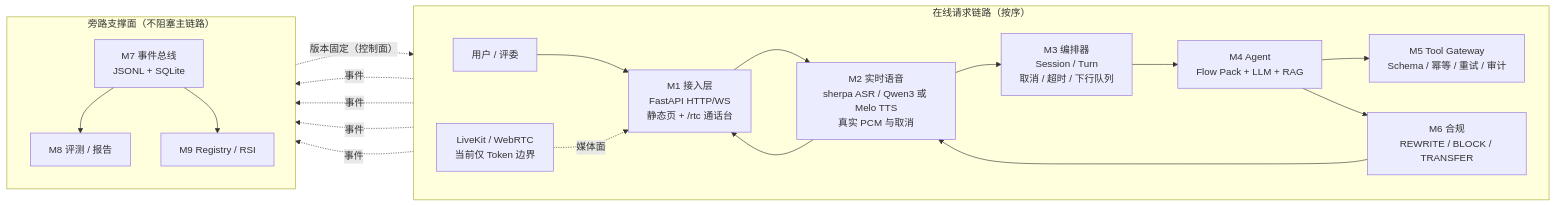
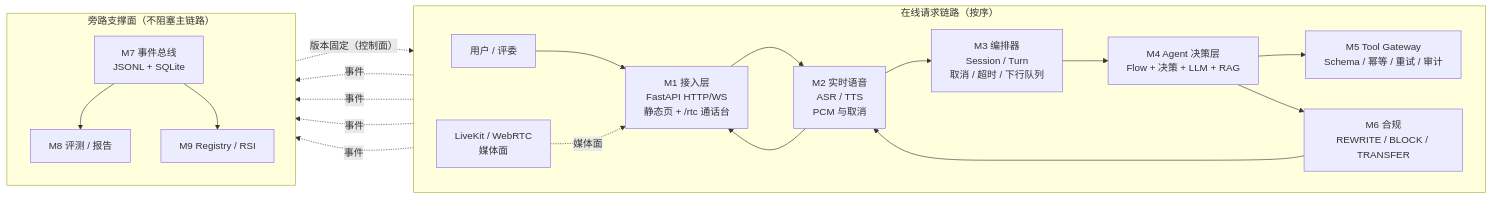
One commit to SLR979111/AI-call changed the first of 3 diagrams in README.md. Above: the diagram before and after it, drawn with Mermaid. The commit also changed other lines of this file and 20 other files, not shown here.

````diff
--- a/README.md
+++ b/README.md
@@ -100,30 +33,30 @@
 ```mermaid
 flowchart LR
   subgraph ONLINE["在线请求链路（按序）"]
     direction LR
     U["用户 / 评委"] --> M1["M1 接入层<br/>FastAPI HTTP/WS<br/>静态页 + /rtc 通话台"]
-    M1 --> M2["M2 实时语音<br/>sherpa ASR / Qwen3 或 Melo TTS<br/>真实 PCM 与取消"]
+    M1 --> M2["M2 实时语音<br/>ASR / TTS<br/>PCM 与取消"]
     M2 --> M3["M3 编排器<br/>Session / Turn<br/>取消 / 超时 / 下行队列"]
-    M3 --> M4["M4 Agent<br/>Flow Pack + LLM + RAG"]
+    M3 --> M4["M4 Agent 决策层<br/>Flow + 决策 + LLM + RAG"]
     M4 --> M5["M5 Tool Gateway<br/>Schema / 幂等 / 重试 / 审计"]
     M4 --> M6["M6 合规<br/>REWRITE / BLOCK / TRANSFER"]
     M6 --> M2
     M2 --> M1
-    M10["LiveKit / WebRTC<br/>当前仅 Token 边界"] -. 媒体面 .-> M1
+    M10["LiveKit / WebRTC<br/>媒体面"] -. 媒体面 .-> M1
   end
 
   subgraph SUPPORT["旁路支撑面（不阻塞主链路）"]
     direction TB
     M7["M7 事件总线<br/>JSONL + SQLite"]
     M8["M8 评测 / 报告"]
     M9["M9 Registry / RSI"]
     M7 --> M8
     M7 --> M9
   end
 
   M3 -. 事件 .-> M7
   M4 -. 事件 .-> M7
   M5 -. 事件 .-> M7
   M6 -. 事件 .-> M7
   M9 -. "版本固定（控制面）" .-> M4
 ```
````
